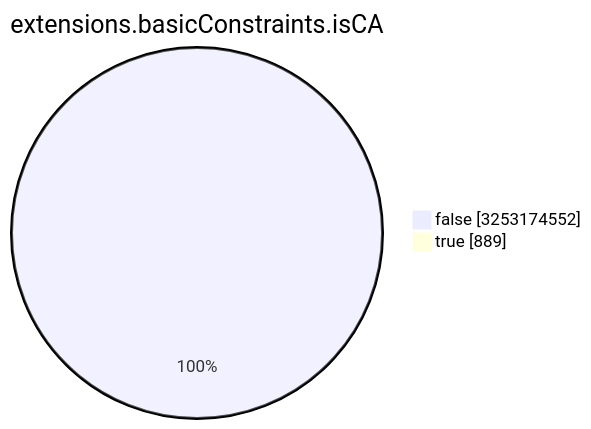
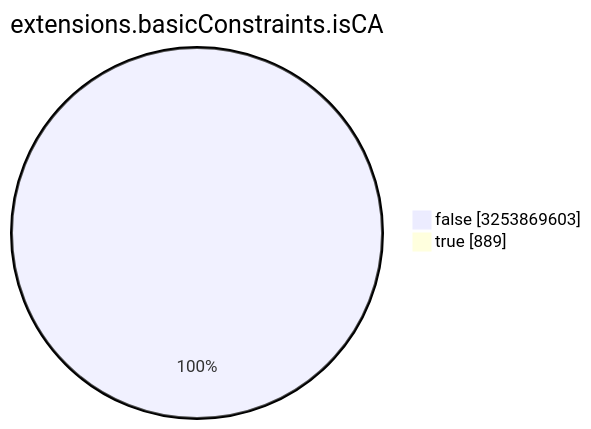
Before and after one commit to christiankrug/ctmonitor_visualization: the seventh of 15 diagrams in TOTAL/README.md, drawn with Mermaid. The commit also changed other lines of this file, not shown here.

````diff
--- a/TOTAL/README.md
+++ b/TOTAL/README.md
@@ -3088,6 +3088,6 @@
 ```mermaid
 pie showData
 title extensions.basicConstraints.isCA
-"false" :3253174552
+"false" :3253869603
 "true" :889
 ```
````
